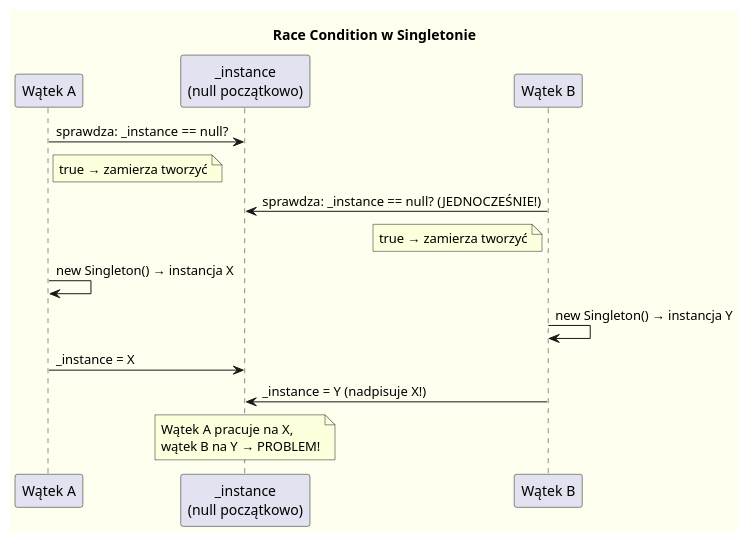
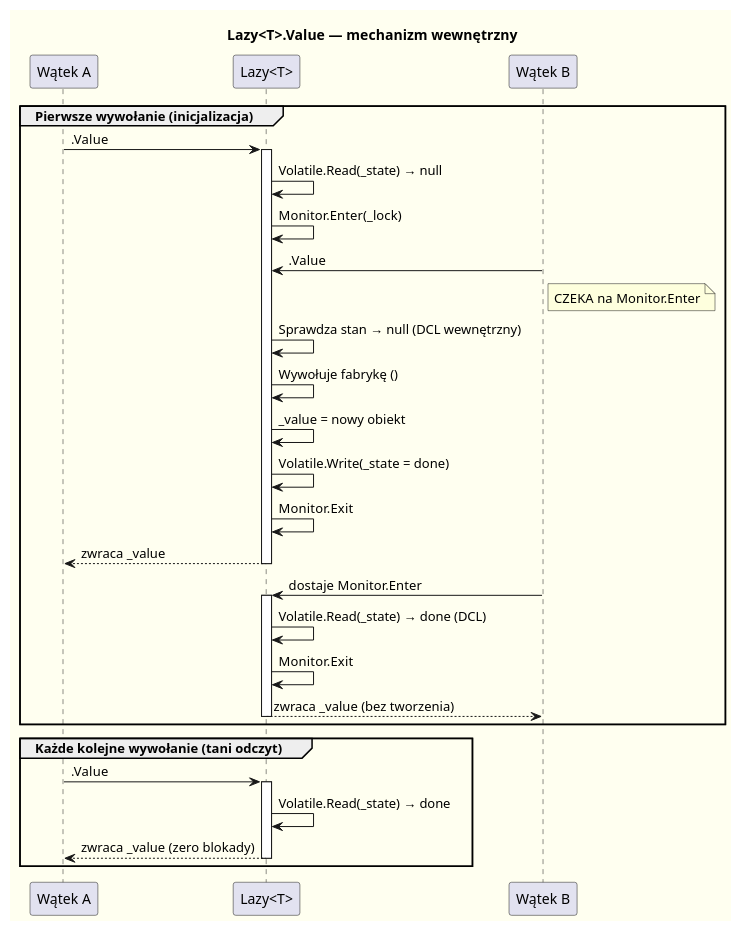
The diagram in src/01-singleton/05-wspolbieznosc/README.md (tborzyszkowski/DesignPatterns), drawn with PlantUML before and after one commit. The commit also changed other lines of this file and 9 other files, not shown here.

Commit message:
Update Singleton documentation: replace PlantUML diagrams with PNG images and add missing diagram files

````diff
--- a/src/01-singleton/05-wspolbieznosc/README.md
+++ b/src/01-singleton/05-wspolbieznosc/README.md
@@ -43,21 +140,43 @@
 ```plantuml
-@startuml race_condition_timeline
+@startuml lazy_t_internals
 skinparam backgroundColor #FFFFF0
+skinparam sequenceMessageAlign left
 
-title Race Condition w Singletonie
+title Lazy<T>.Value — mechanizm wewnętrzny
 
 participant "Wątek A" as A
-participant "_instance\n(null początkowo)" as I
+participant "Lazy<T>" as L
 participant "Wątek B" as B
 
-A -> I : sprawdza: _instance == null?
-note right of A : true → zamierza tworzyć
-B -> I : sprawdza: _instance == null? (JEDNOCZEŚNIE!)
-note left of B : true → zamierza tworzyć
-A -> A : new Singleton() → instancja X
-B -> B : new Singleton() → instancja Y
-A -> I : _instance = X
-B -> I : _instance = Y (nadpisuje X!)
-note over I : Wątek A pracuje na X,\nwątek B na Y → PROBLEM!
+group Pierwsze wywołanie (inicjalizacja)
+  A -> L : .Value
+  activate L
+  L -> L : Volatile.Read(_state) → null
+  L -> L : Monitor.Enter(_lock)
+  B -> L : .Value
+  note right of B : CZEKA na Monitor.Enter
+  L -> L : Sprawdza stan → null (DCL wewnętrzny)
+  L -> L : Wywołuje fabrykę ()
+  L -> L : _value = nowy obiekt
+  L -> L : Volatile.Write(_state = done)
+  L -> L : Monitor.Exit
+  L --> A : zwraca _value
+  deactivate L
+  B -> L : dostaje Monitor.Enter
+  activate L
+  L -> L : Volatile.Read(_state) → done (DCL)
+  L -> L : Monitor.Exit
+  L --> B : zwraca _value (bez tworzenia)
+  deactivate L
+end
+
+group Każde kolejne wywołanie (tani odczyt)
+  A -> L : .Value
+  activate L
+  L -> L : Volatile.Read(_state) → done
+  L --> A : zwraca _value (zero blokady)
+  deactivate L
+end
+
 @enduml
 ```
````
